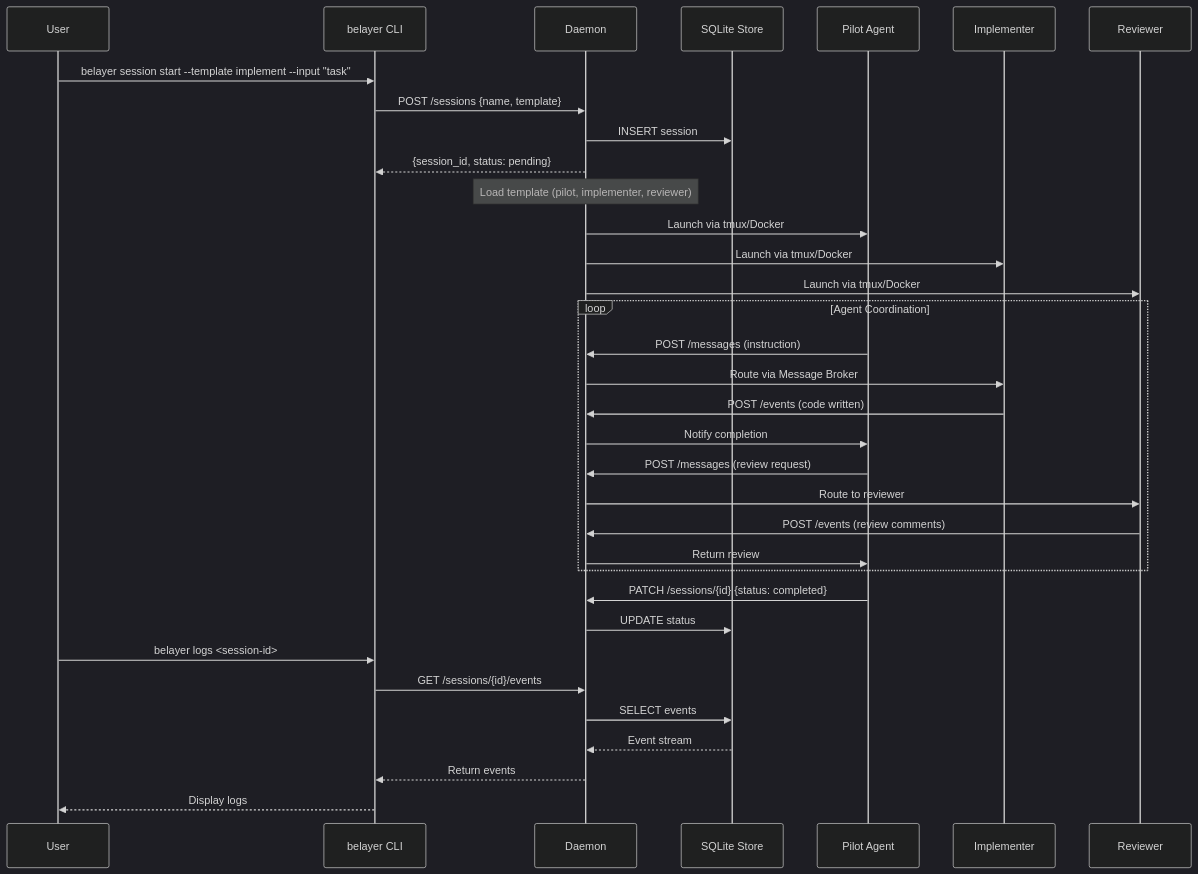
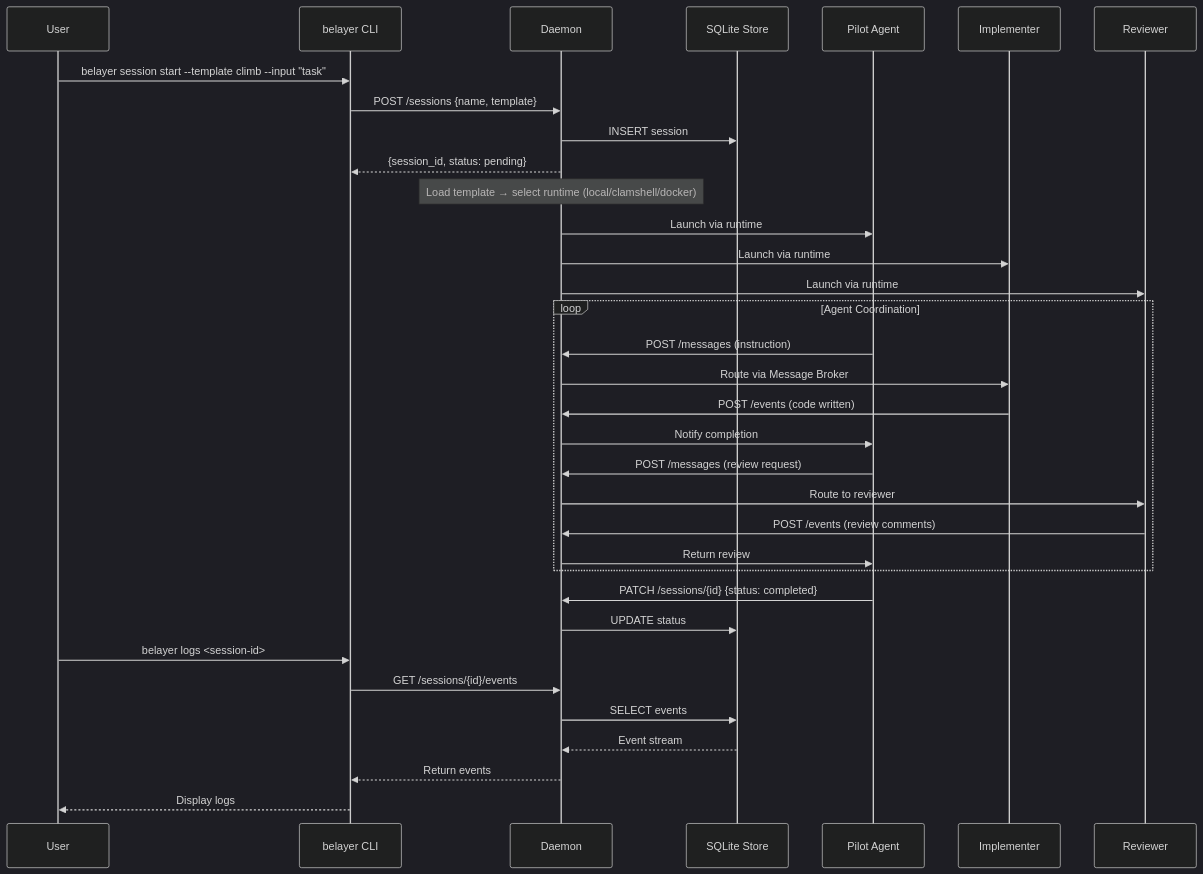
The second of 2 diagrams in docs/ARCHITECTURE.md (donovan-yohan/belayer), drawn with Mermaid (dark theme) before and after one commit. The commit also changed other lines of this file and 2 other files, not shown here.

First line of the commit message:
docs: update README, ARCHITECTURE, and DESIGN for clamshell-based runtime

````diff
--- a/docs/ARCHITECTURE.md
+++ b/docs/ARCHITECTURE.md
@@ -71,43 +70,43 @@
 ```mermaid
 sequenceDiagram
     participant U as User
     participant C as belayer CLI
     participant D as Daemon
     participant S as SQLite Store
     participant P as Pilot Agent
     participant I as Implementer
     participant R as Reviewer
 
-    U->>C: belayer session start --template implement --input "task"
+    U->>C: belayer session start --template climb --input "task"
     C->>D: POST /sessions {name, template}
     D->>S: INSERT session
     D-->>C: {session_id, status: pending}
     
-    Note over D: Load template (pilot, implementer, reviewer)
+    Note over D: Load template → select runtime (local/clamshell/docker)
     
-    D->>P: Launch via tmux/Docker
-    D->>I: Launch via tmux/Docker
-    D->>R: Launch via tmux/Docker
+    D->>P: Launch via runtime
+    D->>I: Launch via runtime
+    D->>R: Launch via runtime
     
     loop Agent Coordination
         P->>D: POST /messages (instruction)
         D->>I: Route via Message Broker
         I->>D: POST /events (code written)
         D->>P: Notify completion
         
         P->>D: POST /messages (review request)
         D->>R: Route to reviewer
         R->>D: POST /events (review comments)
         D->>P: Return review
     end
     
     P->>D: PATCH /sessions/{id} {status: completed}
     D->>S: UPDATE status
     
     U->>C: belayer logs <session-id>
     C->>D: GET /sessions/{id}/events
     D->>S: SELECT events
     S-->>D: Event stream
     D-->>C: Return events
     C-->>U: Display logs
 ```
````
